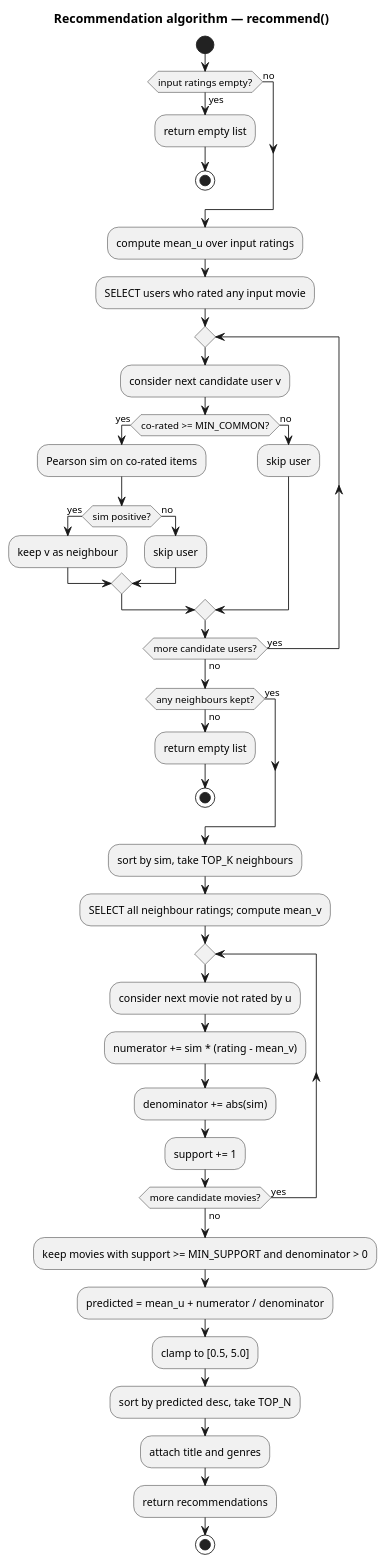
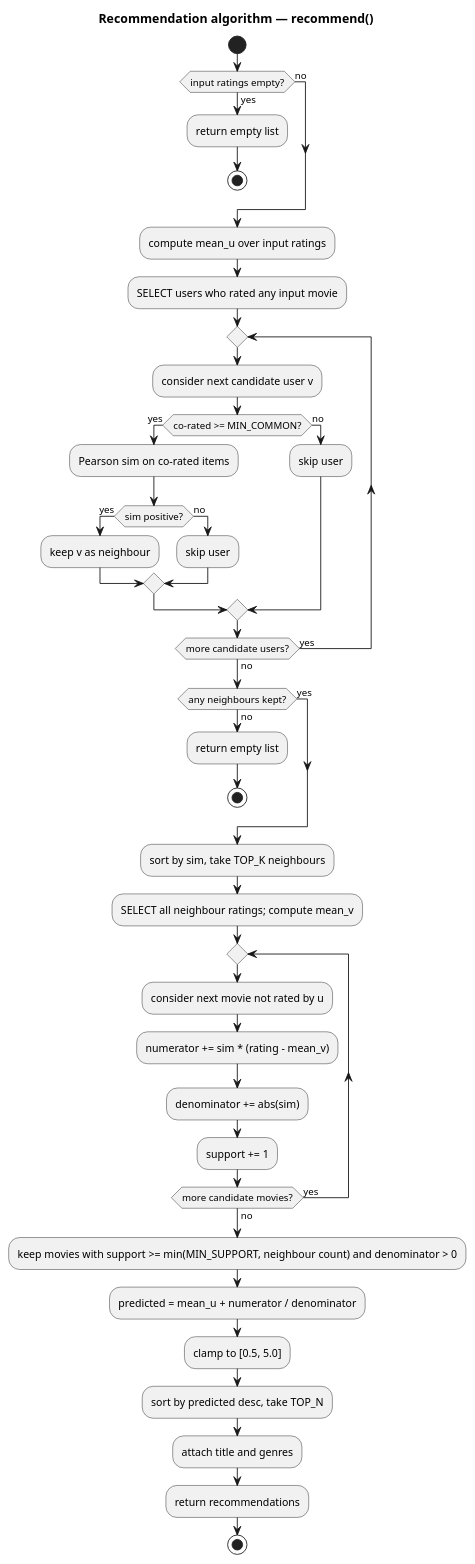
One commit to agent0cy/ntua-internet changed the second of 2 diagrams in docs/plantuml/activity.puml. Above: the diagram before and after it, drawn with PlantUML. The commit also changed 2 other files, not shown here.

Commit message:
Sync notes and diagrams with adaptive support threshold
Reflect required_support = min(MIN_SUPPORT, #neighbours) from commit 008c910.

```diff
--- a/docs/plantuml/activity.puml
+++ b/docs/plantuml/activity.puml
@@ -43,44 +43,44 @@
 @startuml activity-recommend
 title Recommendation algorithm — recommend()
 start
 if (input ratings empty?) then (yes)
   :return empty list;
   stop
 else (no)
 endif
 :compute mean_u over input ratings;
 :SELECT users who rated any input movie;
 repeat
   :consider next candidate user v;
   if (co-rated >= MIN_COMMON?) then (yes)
     :Pearson sim on co-rated items;
     if (sim positive?) then (yes)
       :keep v as neighbour;
     else (no)
       :skip user;
     endif
   else (no)
     :skip user;
   endif
 repeat while (more candidate users?) is (yes) not (no)
 if (any neighbours kept?) then (no)
   :return empty list;
   stop
 else (yes)
 endif
 :sort by sim, take TOP_K neighbours;
 :SELECT all neighbour ratings; compute mean_v;
 repeat
   :consider next movie not rated by u;
   :numerator += sim * (rating - mean_v);
   :denominator += abs(sim);
   :support += 1;
 repeat while (more candidate movies?) is (yes) not (no)
-:keep movies with support >= MIN_SUPPORT and denominator > 0;
+:keep movies with support >= min(MIN_SUPPORT, neighbour count) and denominator > 0;
 :predicted = mean_u + numerator / denominator;
 :clamp to [0.5, 5.0];
 :sort by predicted desc, take TOP_N;
 :attach title and genres;
 :return recommendations;
 stop
 @enduml
```
